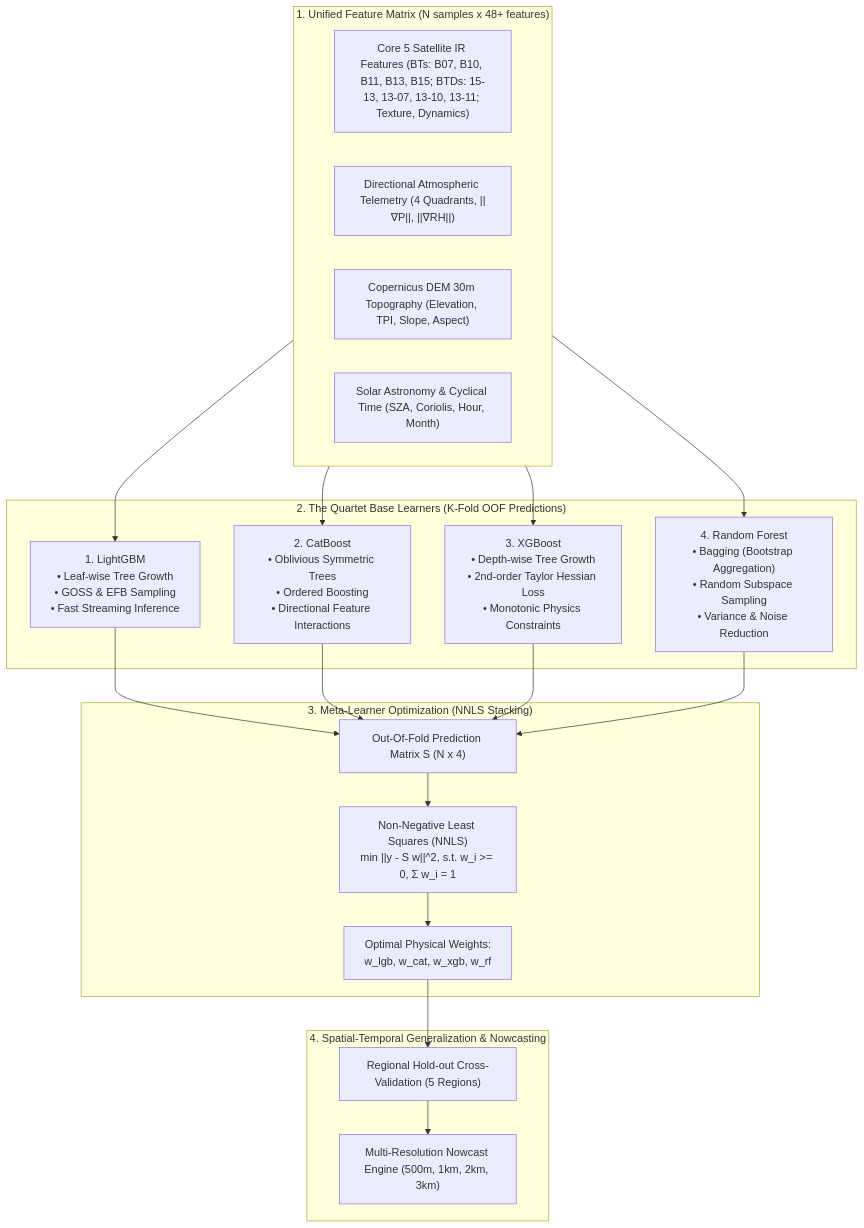
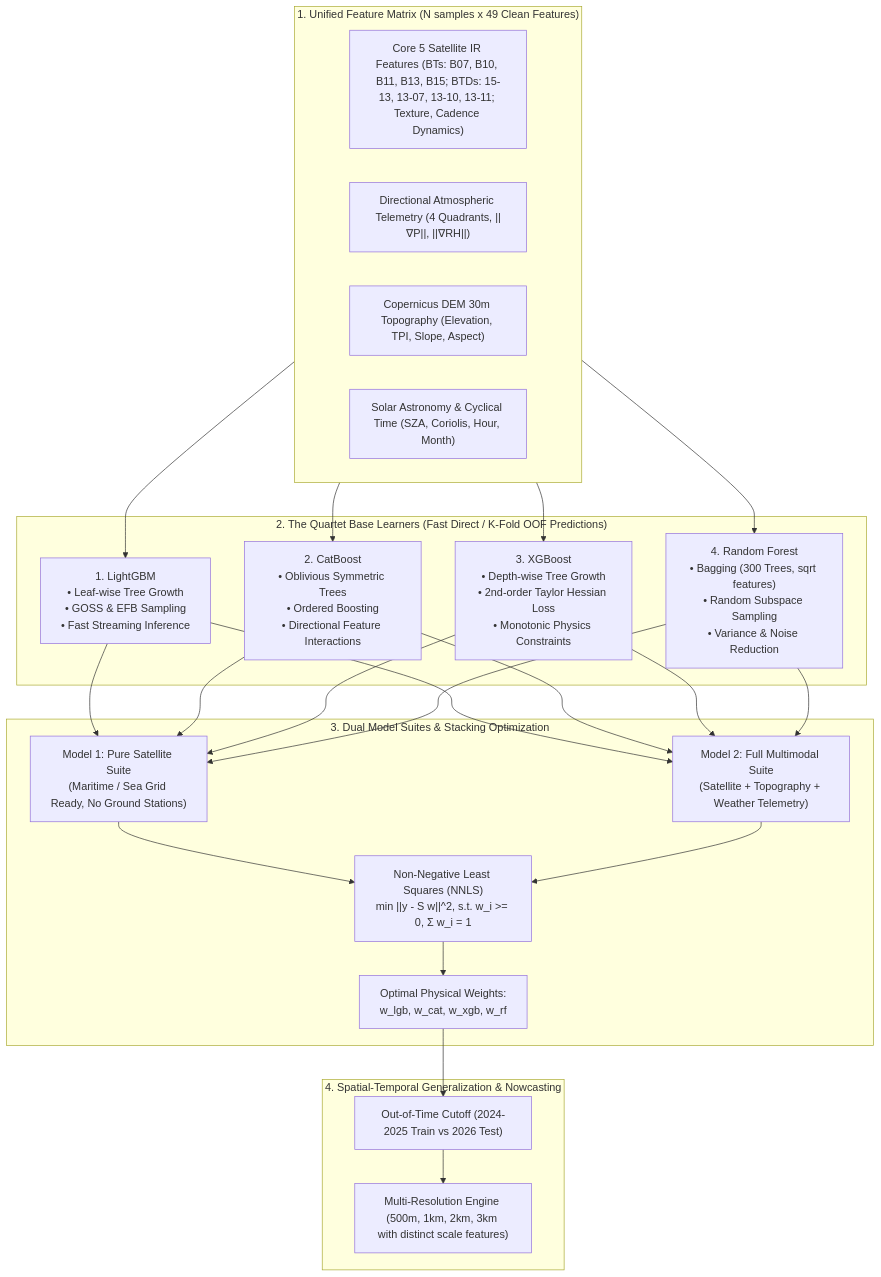
The first of 2 diagrams in technical-model.md (korarit/dust-from-satellite-image-thailand), drawn with Mermaid before and after one commit. The commit also changed other lines of this file and 11 other files, not shown here.

````diff
--- a/technical-model.md
+++ b/technical-model.md
@@ -15,32 +15,33 @@
 ```mermaid
 flowchart TD
-    subgraph InputMatrix ["1. Unified Feature Matrix (N samples x 48+ features)"]
-        F1["Core 5 Satellite IR Features (BTs: B07, B10, B11, B13, B15; BTDs: 15-13, 13-07, 13-10, 13-11; Texture, Dynamics)"]
+    subgraph InputMatrix ["1. Unified Feature Matrix (N samples x 49 Clean Features)"]
+        F1["Core 5 Satellite IR Features (BTs: B07, B10, B11, B13, B15; BTDs: 15-13, 13-07, 13-10, 13-11; Texture, Cadence Dynamics)"]
         F2["Directional Atmospheric Telemetry (4 Quadrants, ||∇P||, ||∇RH||)"]
         F3["Copernicus DEM 30m Topography (Elevation, TPI, Slope, Aspect)"]
         F4["Solar Astronomy & Cyclical Time (SZA, Coriolis, Hour, Month)"]
     end
 
-    subgraph QuartetSuite ["2. The Quartet Base Learners (K-Fold OOF Predictions)"]
+    subgraph QuartetSuite ["2. The Quartet Base Learners (Fast Direct / K-Fold OOF Predictions)"]
         LGB["1. LightGBM<br>• Leaf-wise Tree Growth<br>• GOSS & EFB Sampling<br>• Fast Streaming Inference"]
         CAT["2. CatBoost<br>• Oblivious Symmetric Trees<br>• Ordered Boosting<br>• Directional Feature Interactions"]
         XGB["3. XGBoost<br>• Depth-wise Tree Growth<br>• 2nd-order Taylor Hessian Loss<br>• Monotonic Physics Constraints"]
-        RF["4. Random Forest<br>• Bagging (Bootstrap Aggregation)<br>• Random Subspace Sampling<br>• Variance & Noise Reduction"]
+        RF["4. Random Forest<br>• Bagging (300 Trees, sqrt features)<br>• Random Subspace Sampling<br>• Variance & Noise Reduction"]
     end
 
-    subgraph MetaStacking ["3. Meta-Learner Optimization (NNLS Stacking)"]
-        OOF["Out-Of-Fold Prediction Matrix S (N x 4)"]
+    subgraph DualArchitectures ["3. Dual Model Suites & Stacking Optimization"]
+        M1["Model 1: Pure Satellite Suite<br>(Maritime / Sea Grid Ready, No Ground Stations)"]
+        M2["Model 2: Full Multimodal Suite<br>(Satellite + Topography + Weather Telemetry)"]
         NNLS["Non-Negative Least Squares (NNLS)<br>min ||y - S w||^2, s.t. w_i >= 0, Σ w_i = 1"]
         Weights["Optimal Physical Weights:<br>w_lgb, w_cat, w_xgb, w_rf"]
     end
 
     subgraph Evaluation ["4. Spatial-Temporal Generalization & Nowcasting"]
-        CV["Regional Hold-out Cross-Validation (5 Regions)"]
-        Nowcast["Multi-Resolution Nowcast Engine (500m, 1km, 2km, 3km)"]
+        OOT["Out-of-Time Cutoff (2024-2025 Train vs 2026 Test)"]
+        Nowcast["Multi-Resolution Engine (500m, 1km, 2km, 3km with distinct scale features)"]
     end
 
     InputMatrix --> LGB & CAT & XGB & RF
-    LGB & CAT & XGB & RF --> OOF
-    OOF --> NNLS --> Weights
-    Weights --> CV --> Nowcast
+    LGB & CAT & XGB & RF --> M1 & M2
+    M1 & M2 --> NNLS --> Weights
+    Weights --> OOT --> Nowcast
 ```
````
